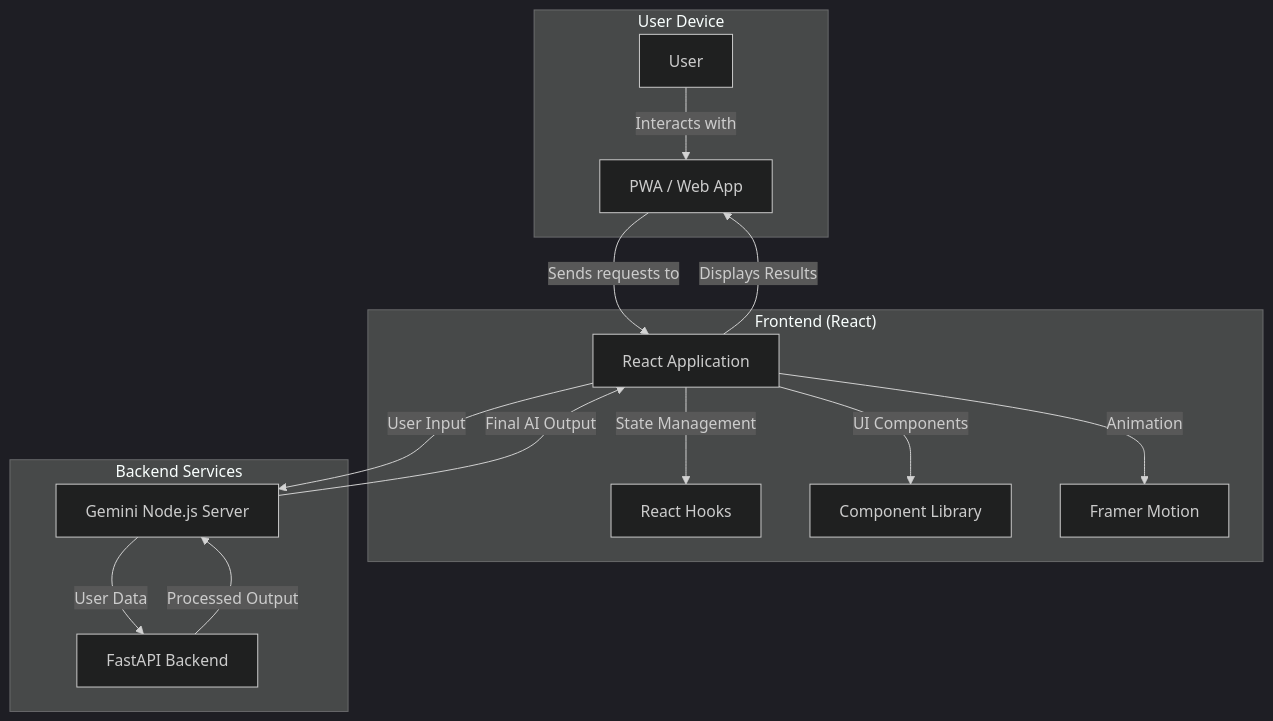
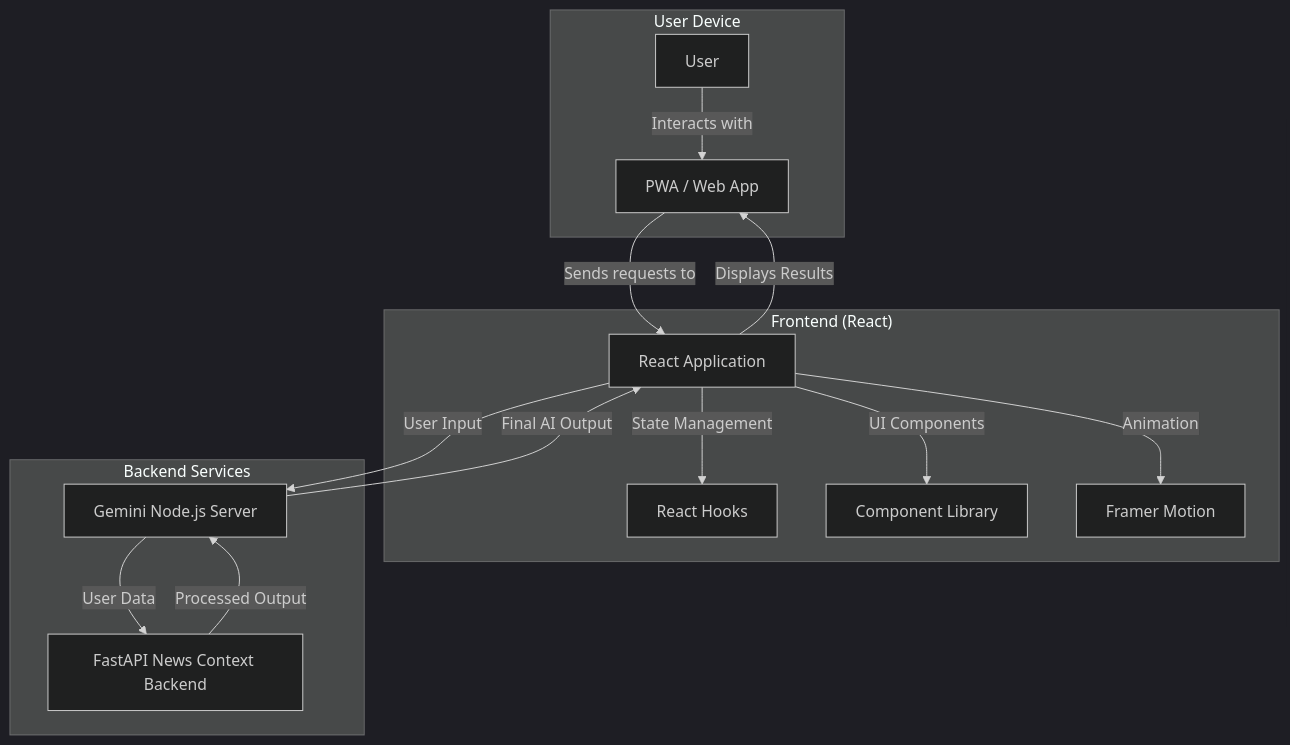
The first of 3 diagrams in FakeNews.md (0xarchit/Docs-Hosting), drawn with Mermaid (dark theme) before and after one commit. The commit also changed other lines of this file, not shown here.

Commit message:
Clarify backend service names and enhance uptime monitoring section in FakeNews.md

````diff
--- a/FakeNews.md
+++ b/FakeNews.md
@@ -52,22 +52,22 @@
 ```mermaid
 graph TD
     subgraph "User Device"
         A[User] -->|Interacts with| B[PWA / Web App]
     end
     
     subgraph "Frontend (React)"
         B -->|Sends requests to| C[React Application]
         C -->|State Management| D[React Hooks]
         C -->|UI Components| E[Component Library]
         C -->|Animation| F[Framer Motion]
     end
     
     subgraph "Backend Services"
         C -->|User Input| G[Gemini Node.js Server]
-        G -->|User Data| H[FastAPI Backend]
+        G -->|User Data| H[FastAPI News Context Backend]
         H -->|Processed Output| G
         G -->|Final AI Output| C
     end
     
     C -->|Displays Results| B
 ```
````
